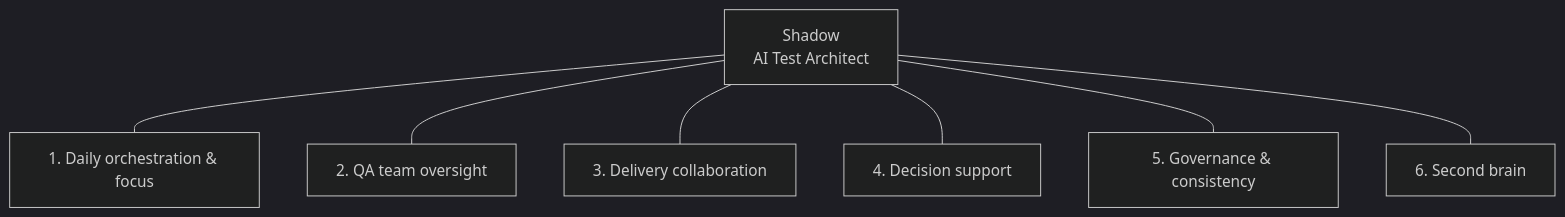
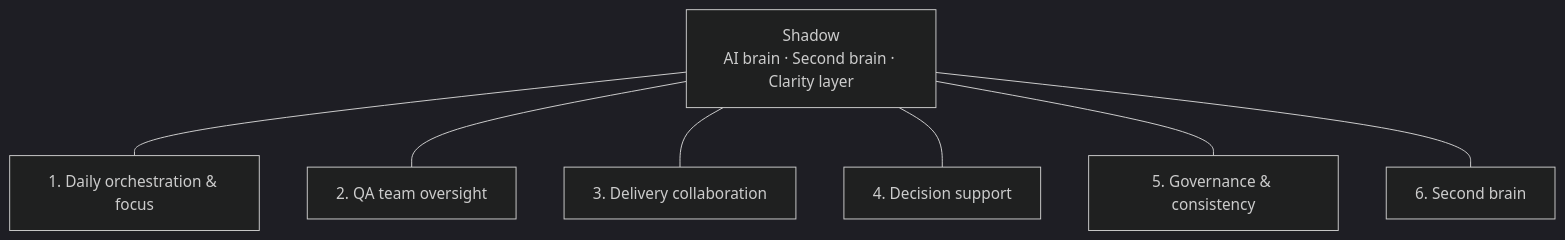
Before and after one commit to ElaMCB/Hyper-Agent: the diagram in README.md, drawn with Mermaid (dark theme). The commit also changed other lines of this file and 3 other files, not shown here.

First line of the commit message:
Hero trio: AI brain, Second brain, Clarity layer

````diff
--- a/README.md
+++ b/README.md
@@ -46,16 +46,16 @@
 ```mermaid
 flowchart TB
-    CORE["Shadow<br/>AI Test Architect"]
+    CORE["Shadow<br/>AI brain · Second brain · Clarity layer"]
     CORE --- A1
     CORE --- A2
     CORE --- A3
     CORE --- A4
     CORE --- A5
     CORE --- A6
     A1["1. Daily orchestration & focus"]
     A2["2. QA team oversight"]
     A3["3. Delivery collaboration"]
     A4["4. Decision support"]
     A5["5. Governance & consistency"]
     A6["6. Second brain"]
 ```
````
